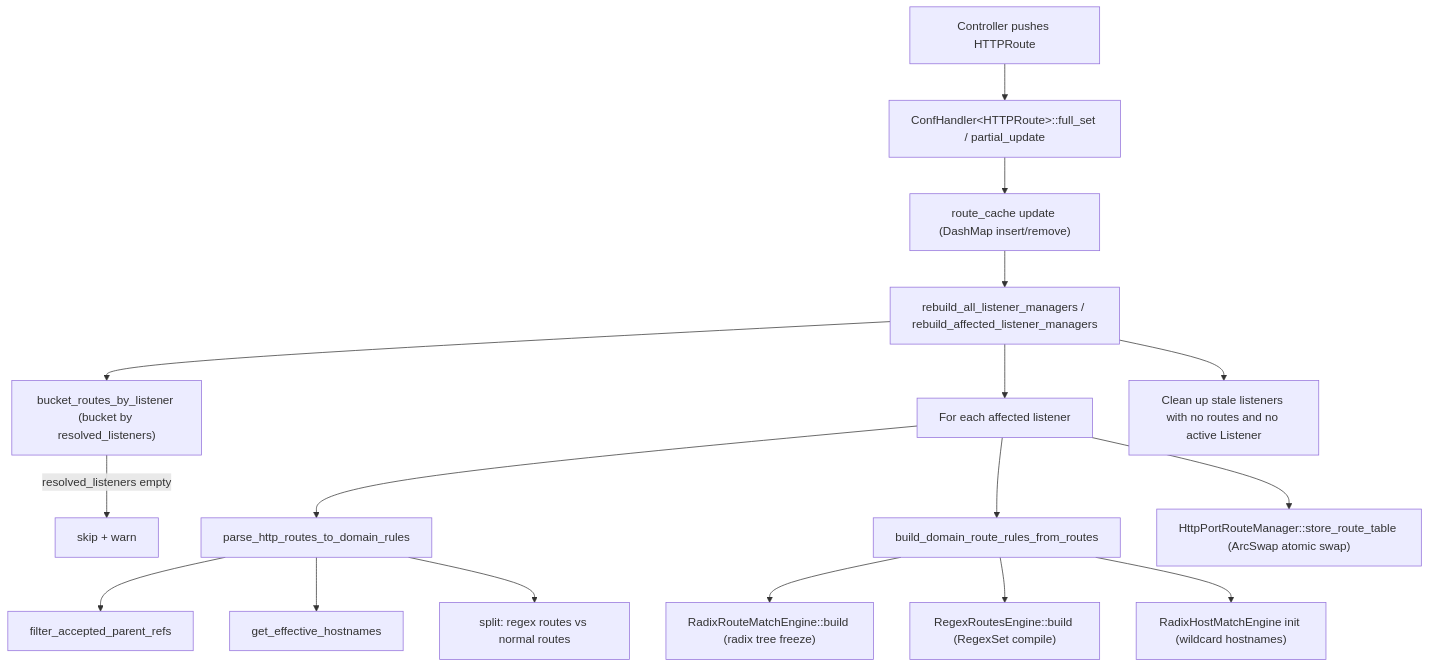
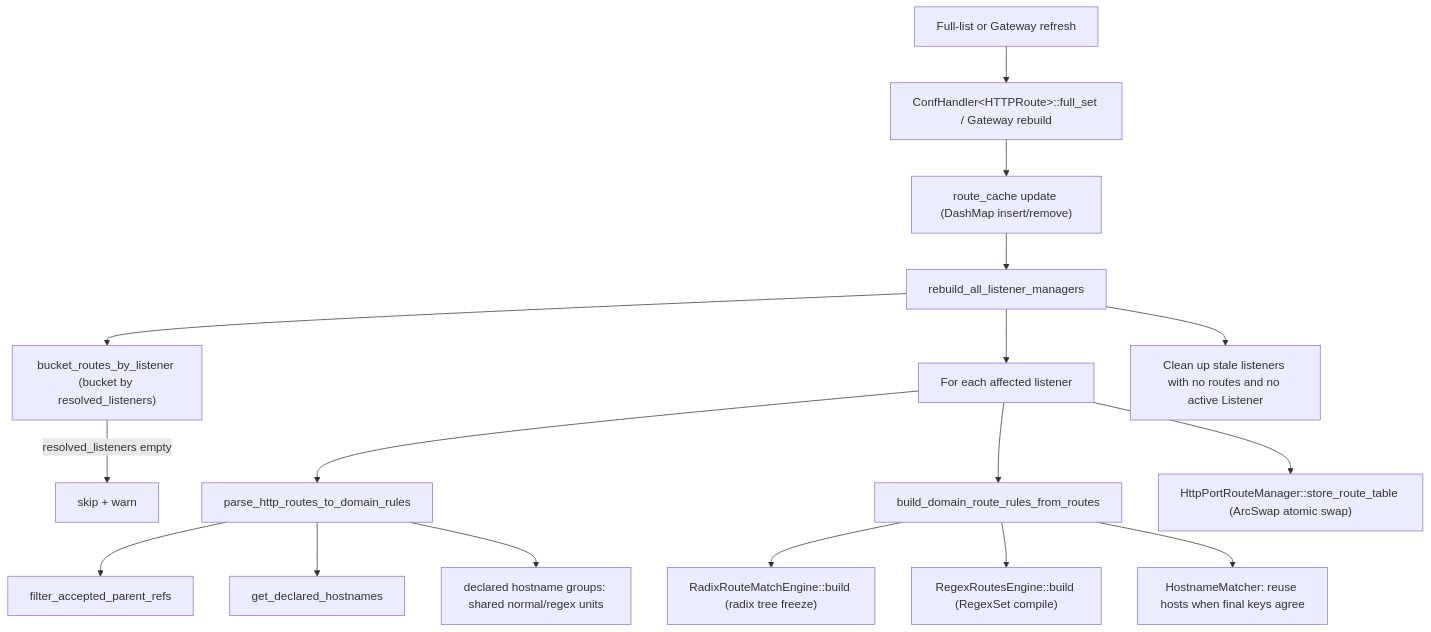
One commit to Pandaala/Edgion changed the second of 2 diagrams in skills/01-architecture/02-gateway/03-routes/SKILL.md. Above: the diagram before and after it, drawn with Mermaid. The commit also changed other lines of this file and 62 other files, not shown here.

````diff
--- a/skills/01-architecture/02-gateway/03-routes/SKILL.md
+++ b/skills/01-architecture/02-gateway/03-routes/SKILL.md
@@ -150,19 +156,19 @@
 ```mermaid
 flowchart TD
-    A["Controller pushes HTTPRoute"] --> B["ConfHandler&lt;HTTPRoute&gt;::full_set / partial_update"]
+    A["Full-list or Gateway refresh"] --> B["ConfHandler&lt;HTTPRoute&gt;::full_set / Gateway rebuild"]
     B --> C["route_cache update (DashMap insert/remove)"]
-    C --> E["rebuild_all_listener_managers / rebuild_affected_listener_managers"]
+    C --> E["rebuild_all_listener_managers"]
     E --> F["bucket_routes_by_listener (bucket by resolved_listeners)"]
     F -->|"resolved_listeners empty"| F1["skip + warn"]
     E --> G["For each affected listener"]
     G --> G1["parse_http_routes_to_domain_rules"]
     G1 --> G1a["filter_accepted_parent_refs"]
-    G1 --> G1b["get_effective_hostnames"]
-    G1 --> G1c["split: regex routes vs normal routes"]
+    G1 --> G1b["get_declared_hostnames"]
+    G1 --> G1c["declared hostname groups: shared normal/regex units"]
     G --> G2["build_domain_route_rules_from_routes"]
     G2 --> G2a["RadixRouteMatchEngine::build (radix tree freeze)"]
     G2 --> G2b["RegexRoutesEngine::build (RegexSet compile)"]
-    G2 --> G2c["RadixHostMatchEngine init (wildcard hostnames)"]
+    G2 --> G2c["HostnameMatcher: reuse hosts when final keys agree"]
     G --> G3["HttpPortRouteManager::store_route_table (ArcSwap atomic swap)"]
     E --> H["Clean up stale listeners with no routes and no active Listener"]
 ```
````
